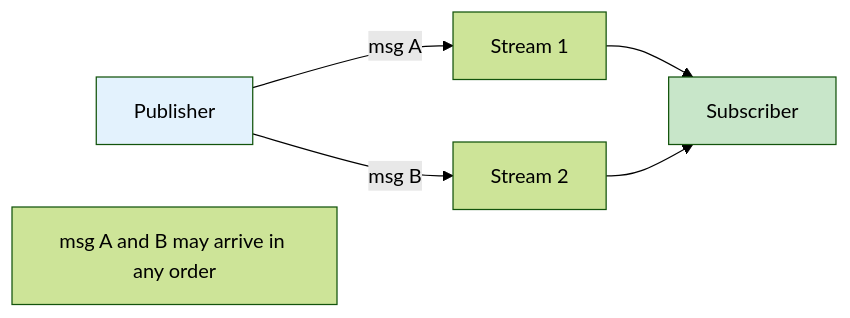
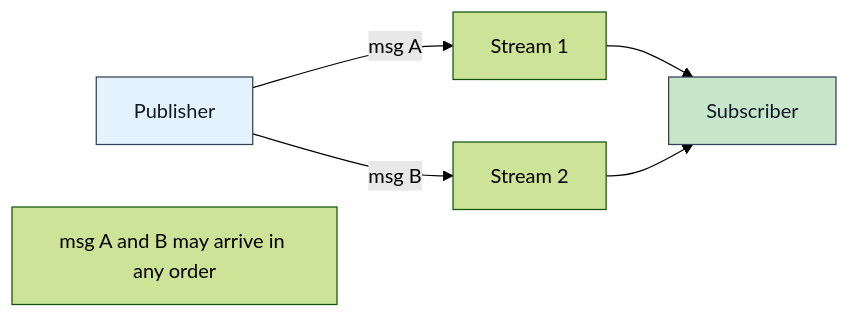
One commit to gabloe/felix changed the second of 7 diagrams in docs-site/src/content/docs/architecture/semantics.md. Above: the diagram before and after it, drawn with Mermaid (forest theme). The commit also changed other lines of this file and 36 other files, not shown here.

````diff
--- a/docs-site/src/content/docs/architecture/semantics.md
+++ b/docs-site/src/content/docs/architecture/semantics.md
@@ -104,15 +104,15 @@
 ```mermaid
 graph LR
     P[Publisher]
     P -->|msg A| S1[Stream 1]
     P -->|msg B| S2[Stream 2]
     
     Sub[Subscriber]
     S1 --> Sub
     S2 --> Sub
     
     Note[msg A and B may arrive in any order]
     
-    style P fill:#e3f2fd
-    style Sub fill:#c8e6c9
+    style P fill:#e3f2fd,stroke:#334155,color:#111827
+    style Sub fill:#c8e6c9,stroke:#334155,color:#111827
 ```
````
